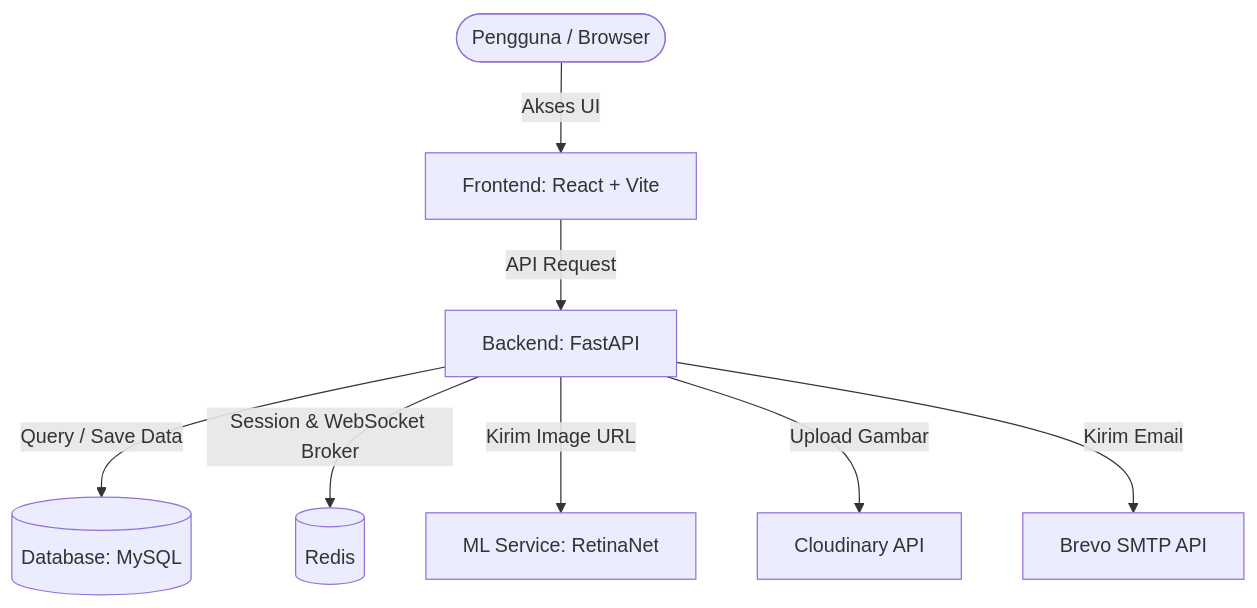
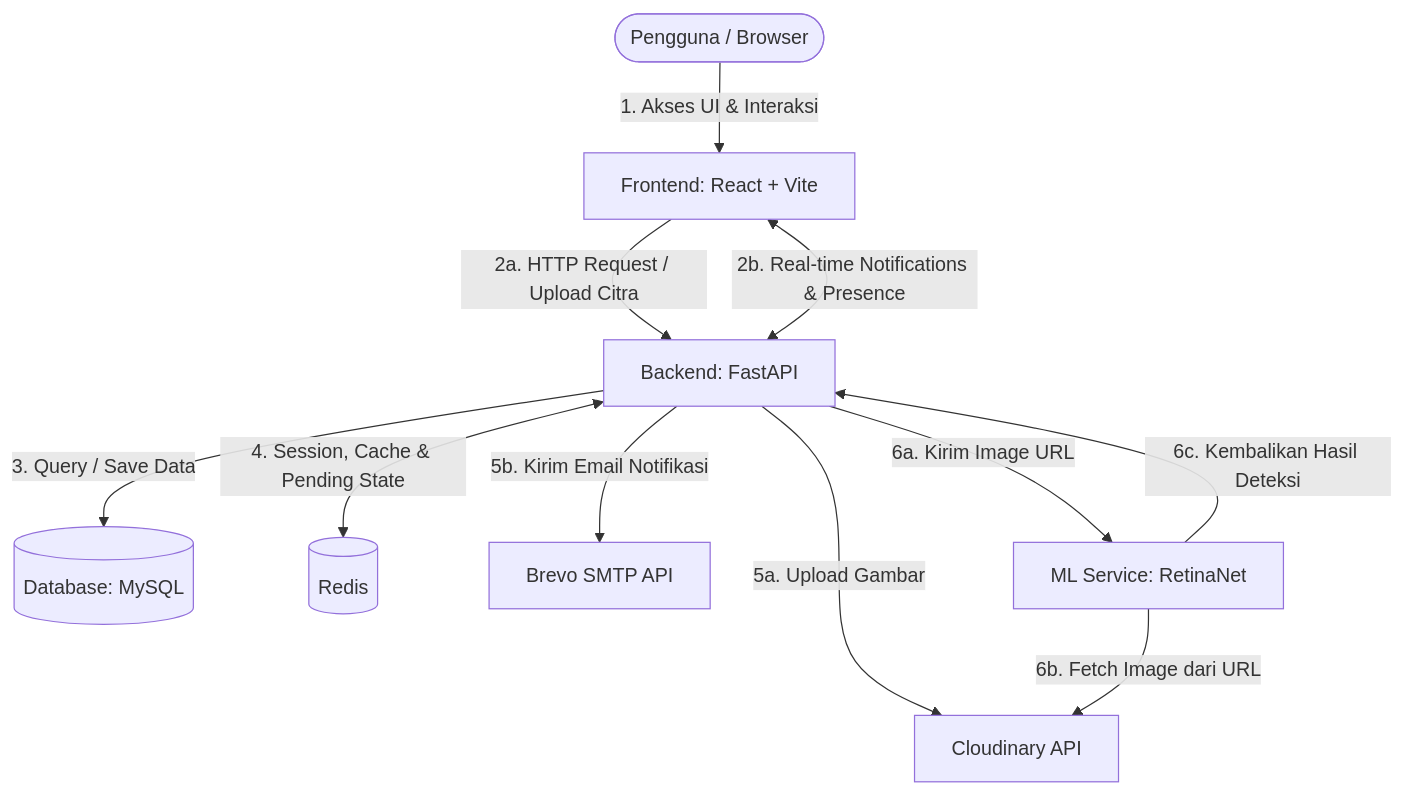
The diagram in README.md (capstone-nyawit/capstone-pijak-analisis-sawit), drawn with Mermaid before and after one commit. The commit also changed other lines of this file and 3 other files, not shown here.

````diff
--- a/README.md
+++ b/README.md
@@ -16,10 +14,23 @@
 ```mermaid
 graph TD
-    User([Pengguna / Browser]) -->|Akses UI| FE[Frontend: React + Vite]
-    FE -->|API Request| BE[Backend: FastAPI]
-    BE -->|Query / Save Data| DB[(Database: MySQL)]
-    BE -->|Session & WebSocket Broker| Cache[(Redis)]
-    BE -->|Kirim Image URL| ML[ML Service: RetinaNet]
-    BE -->|Upload Gambar| Cloud[Cloudinary API]
-    BE -->|Kirim Email| Brevo[Brevo SMTP API]
+    User([Pengguna / Browser]) -->|1. Akses UI & Interaksi| FE[Frontend: React + Vite]
+    
+    %% Hubungan Frontend & Backend
+    FE -->|2a. HTTP Request / Upload Citra| BE[Backend: FastAPI]
+    FE <-->|2b. Real-time Notifications & Presence| BE
+    
+    %% Hubungan Backend & Database / Cache
+    BE -->|3. Query / Save Data| DB[(Database: MySQL)]
+    BE <-->|4. Session, Cache & Pending State| Cache[(Redis)]
+    
+    %% Hubungan Backend & Third-party / Services
+    BE -->|5a. Upload Gambar| Cloud[Cloudinary API]
+    BE -->|5b. Kirim Email Notifikasi| Brevo[Brevo SMTP API]
+    
+    %% Hubungan Backend & ML Service
+    BE -->|6a. Kirim Image URL| ML[ML Service: RetinaNet]
+    
+    %% Hubungan ML Service & Cloudinary
+    ML -->|6b. Fetch Image dari URL| Cloud
+    ML -->|6c. Kembalikan Hasil Deteksi| BE
 ```
````
